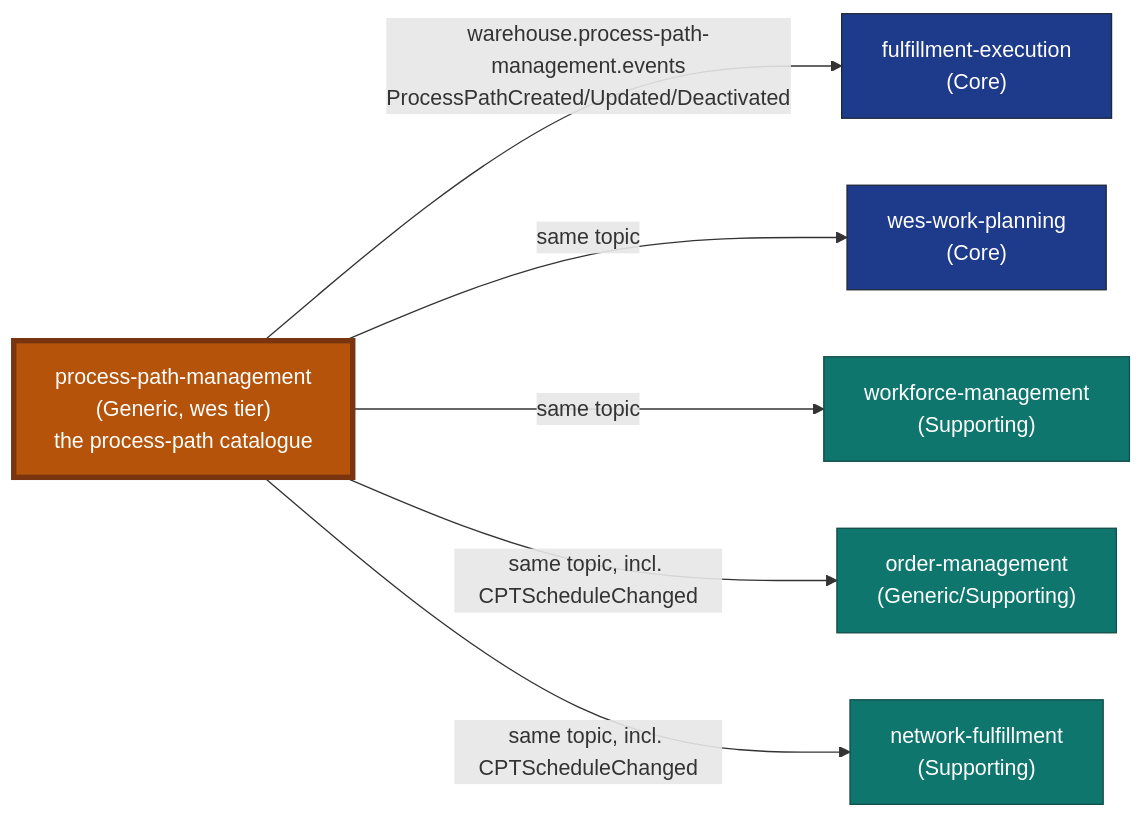
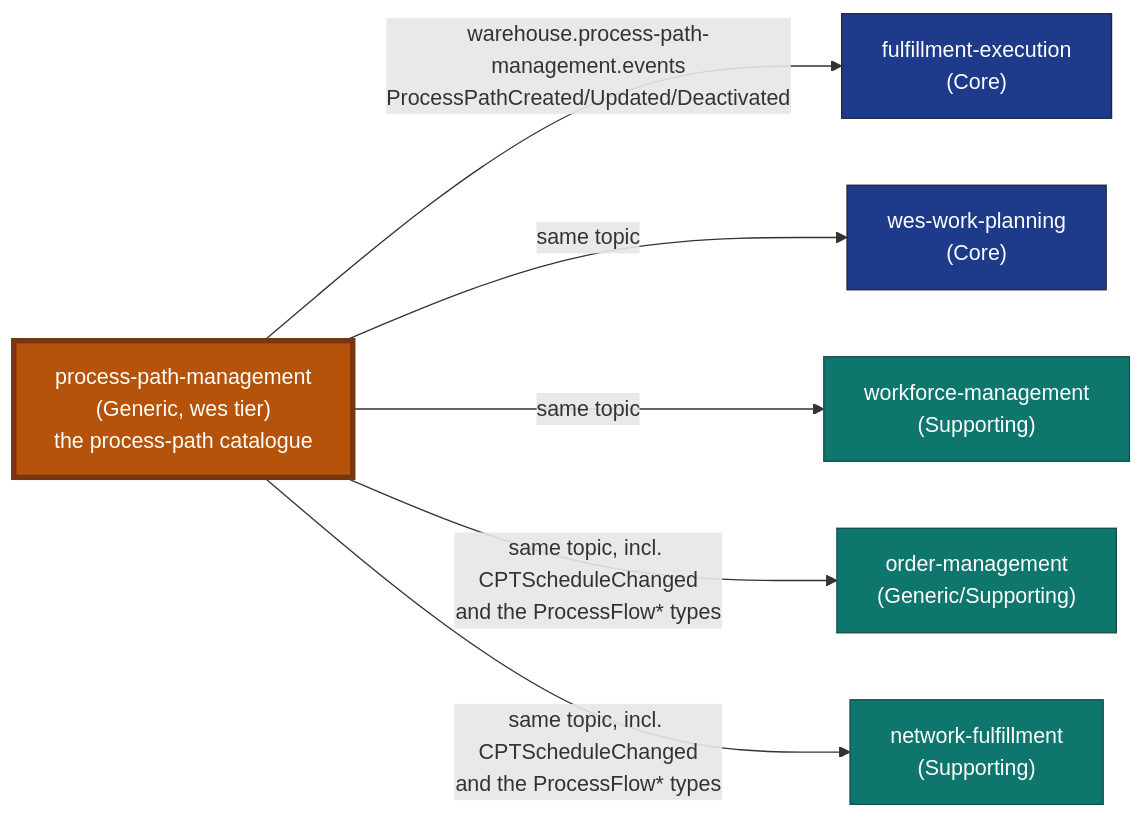
The diagram in docs/docs/overview/introduction.md (IQVO/process-path-management), drawn with Mermaid before and after one commit. The commit also changed other lines of this file and 18 other files, not shown here.

First line of the commit message:
docs: describe the ProcessFlow aggregate (ADR 0042) in the README and docs pages

````diff
--- a/docs/docs/overview/introduction.md
+++ b/docs/docs/overview/introduction.md
@@ -85,22 +86,22 @@
 ```mermaid
 flowchart LR
   PPM["process-path-management<br/>(Generic, wes tier)<br/>the process-path catalogue"]
   FE["fulfillment-execution<br/>(Core)"]
   WWP["wes-work-planning<br/>(Core)"]
   WFM["workforce-management<br/>(Supporting)"]
   OM["order-management<br/>(Generic/Supporting)"]
   NF["network-fulfillment<br/>(Supporting)"]
 
   PPM -- "warehouse.process-path-management.events<br/>ProcessPathCreated/Updated/Deactivated" --> FE
   PPM -- "same topic" --> WWP
   PPM -- "same topic" --> WFM
-  PPM -- "same topic, incl. CPTScheduleChanged" --> OM
-  PPM -- "same topic, incl. CPTScheduleChanged" --> NF
+  PPM -- "same topic, incl. CPTScheduleChanged<br/>and the ProcessFlow* types" --> OM
+  PPM -- "same topic, incl. CPTScheduleChanged<br/>and the ProcessFlow* types" --> NF
 
   classDef this fill:#b45309,stroke:#78350f,color:#fff,stroke-width:4px;
   classDef core fill:#1e3a8a,stroke:#1e293b,color:#fff;
   classDef supporting fill:#0f766e,stroke:#134e4a,color:#fff;
   class PPM this;
   class FE,WWP core;
   class WFM,OM,NF supporting;
 ```
````
